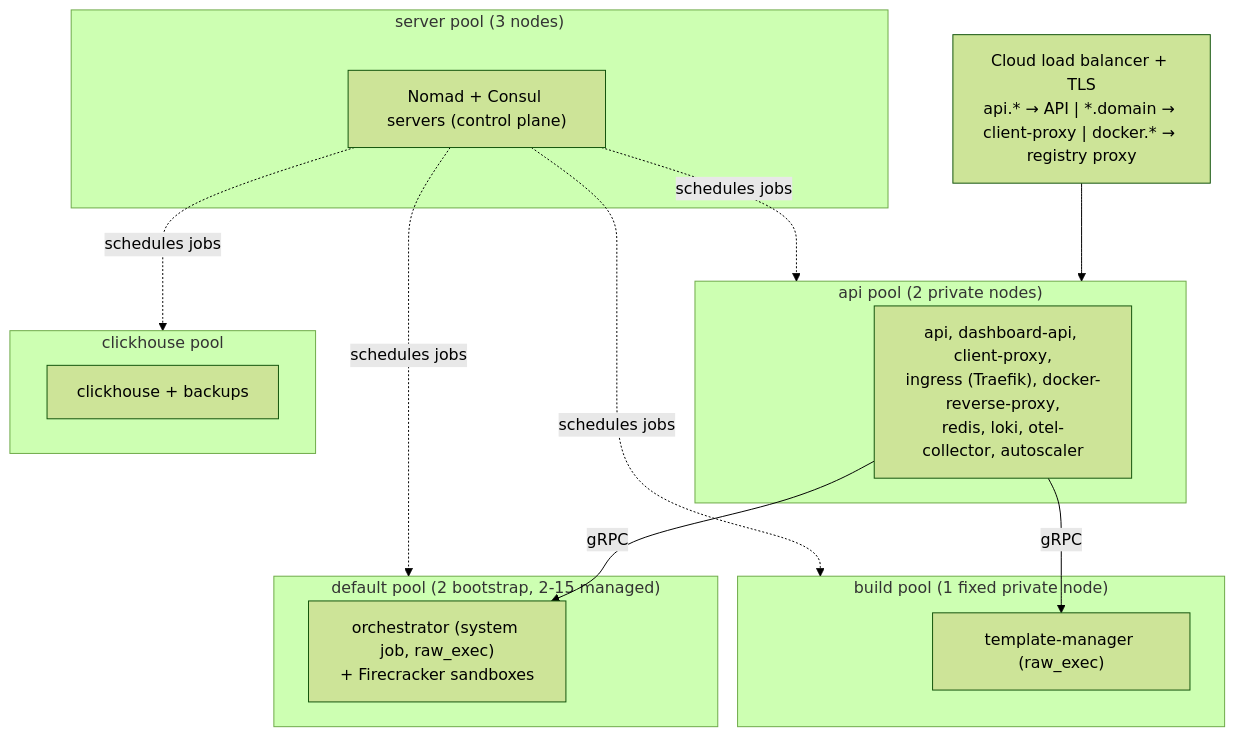
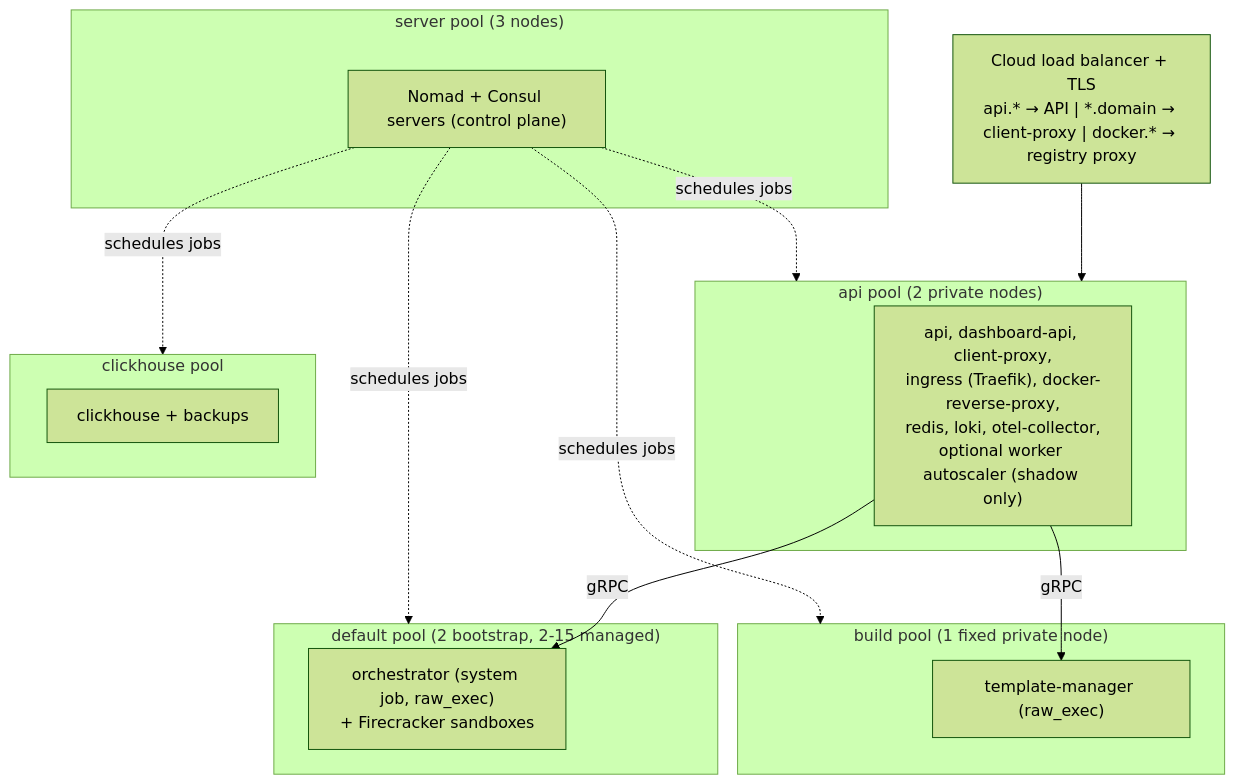
The fifth of 5 diagrams in docs/ARCHITECTURE.md (e2b-dev/infra), drawn with Mermaid (forest theme) before and after one commit. The commit also changed other lines of this file and 34 other files, not shown here.

Commit message:
feat(gcp): add shadow worker capacity controller (#52)

````diff
--- a/docs/ARCHITECTURE.md
+++ b/docs/ARCHITECTURE.md
@@ -368,24 +370,24 @@
 ```mermaid
 flowchart TB
     LB["Cloud load balancer + TLS<br/>api.* → API | *.domain → client-proxy | docker.* → registry proxy"]
 
     subgraph servers["server pool (3 nodes)"]
         NS["Nomad + Consul servers (control plane)"]
     end
     subgraph apipool["api pool (2 private nodes)"]
-        AJ["api, dashboard-api, client-proxy,<br/>ingress (Traefik), docker-reverse-proxy,<br/>redis, loki, otel-collector, autoscaler"]
+        AJ["api, dashboard-api, client-proxy,<br/>ingress (Traefik), docker-reverse-proxy,<br/>redis, loki, otel-collector,<br/>optional worker autoscaler (shadow only)"]
     end
     subgraph clientpool["default pool (2 bootstrap, 2-15 managed)"]
         OJ["orchestrator (system job, raw_exec)<br/>+ Firecracker sandboxes"]
     end
     subgraph buildpool["build pool (1 fixed private node)"]
         TJ["template-manager (raw_exec)"]
     end
     subgraph chpool["clickhouse pool"]
         CJ["clickhouse + backups"]
     end
 
     LB --> apipool
     AJ -->|gRPC| OJ & TJ
     NS -.->|schedules jobs| apipool & clientpool & buildpool & chpool
 ```
````
